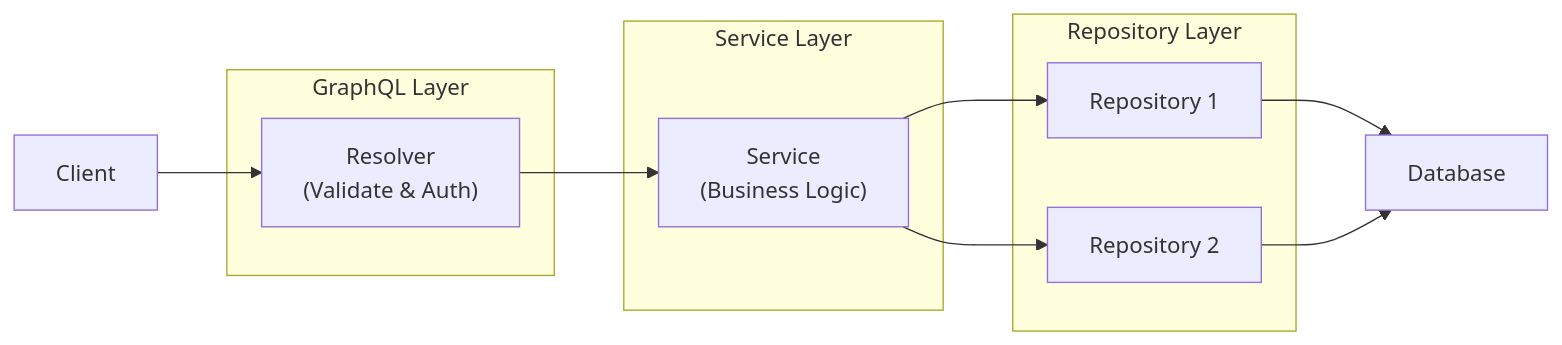
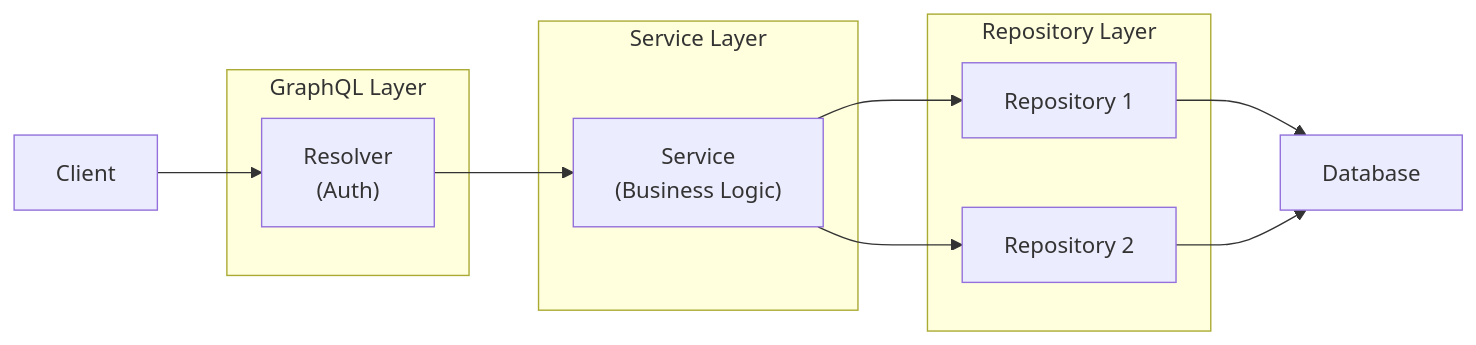
Before and after one commit to alexei-lexx/budget: the second of 2 diagrams in .specify/memory/constitution.md, drawn with Mermaid. The commit also changed other lines of this file, not shown here.

````diff
--- a/.specify/memory/constitution.md
+++ b/.specify/memory/constitution.md
@@ -210,26 +224,26 @@
 ```mermaid
 graph LR
     Client["Client"]
 
     subgraph GraphQL["GraphQL Layer"]
-        Resolver["Resolver<br/>(Validate & Auth)"]
+        Resolver["Resolver<br/>(Auth)"]
     end
 
     subgraph Service_Layer["Service Layer"]
         Service["Service<br/>(Business Logic)"]
     end
 
     subgraph Repo_Layer["Repository Layer"]
         Repo1["Repository 1"]
         Repo2["Repository 2"]
     end
 
     DB["Database"]
 
     Client --> Resolver
     Resolver --> Service
     Service --> Repo1
     Service --> Repo2
     Repo1 --> DB
     Repo2 --> DB
 ```
````
